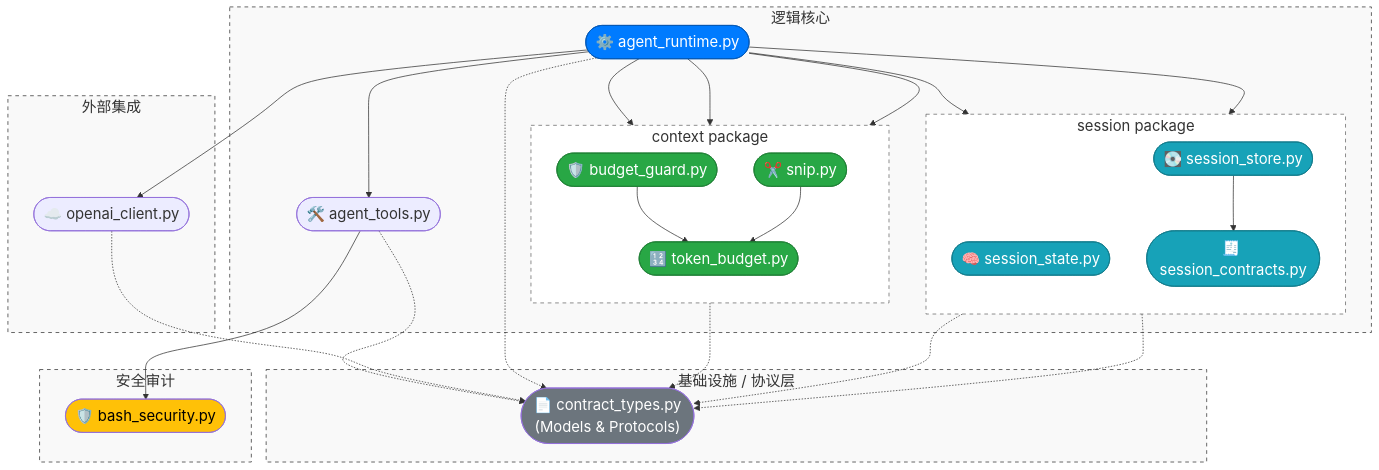
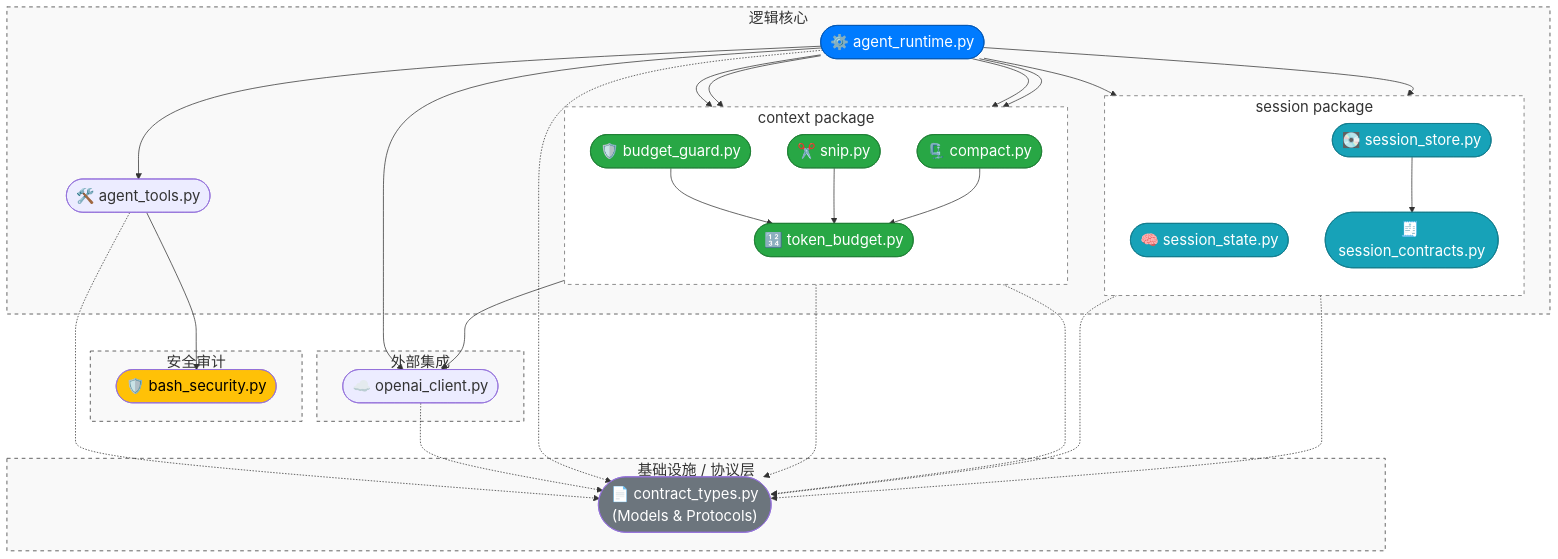
One commit to WenXingming/ClawCodeAgent changed the diagram in docs/Architecture.md. Above: the diagram before and after it, drawn with Mermaid. The commit also changed other lines of this file and 9 other files, not shown here.

````diff
--- a/docs/Architecture.md
+++ b/docs/Architecture.md
@@ -57,6 +57,7 @@
             n_token_budget(["🔢 token_budget.py"])
             n_budget_guard(["🛡️ budget_guard.py"])
             n_snip(["✂️ snip.py"])
+            n_compact(["🗜️ compact.py"])
         end
 
         style Core fill:#f9f9f9,stroke:#333,stroke-dasharray: 5 5
@@ -71,8 +72,11 @@
     n_runtime --> n_budget_guard
     n_runtime --> n_token_budget
     n_runtime --> n_snip
+    n_runtime --> n_compact
     n_budget_guard --> n_token_budget
     n_snip --> n_token_budget
+    n_compact --> n_token_budget
+    n_compact --> n_openai
     
     n_tools --> n_bash_security
     
@@ -83,6 +87,7 @@
     n_openai -.-> n_contract
     n_runtime -.-> n_contract
     n_budget_guard -.-> n_contract
+    n_compact -.-> n_contract
 
     %% 自定义节点颜色 (继承你原有的配色)
     style n_runtime fill:#007bff,color:#fff,stroke:#0056b3
@@ -96,4 +101,5 @@
     style n_token_budget fill:#28a745,color:#fff,stroke:#1e7e34
     style n_budget_guard fill:#28a745,color:#fff,stroke:#1e7e34
     style n_snip fill:#28a745,color:#fff,stroke:#1e7e34
+    style n_compact fill:#28a745,color:#fff,stroke:#1e7e34
 ```
````
